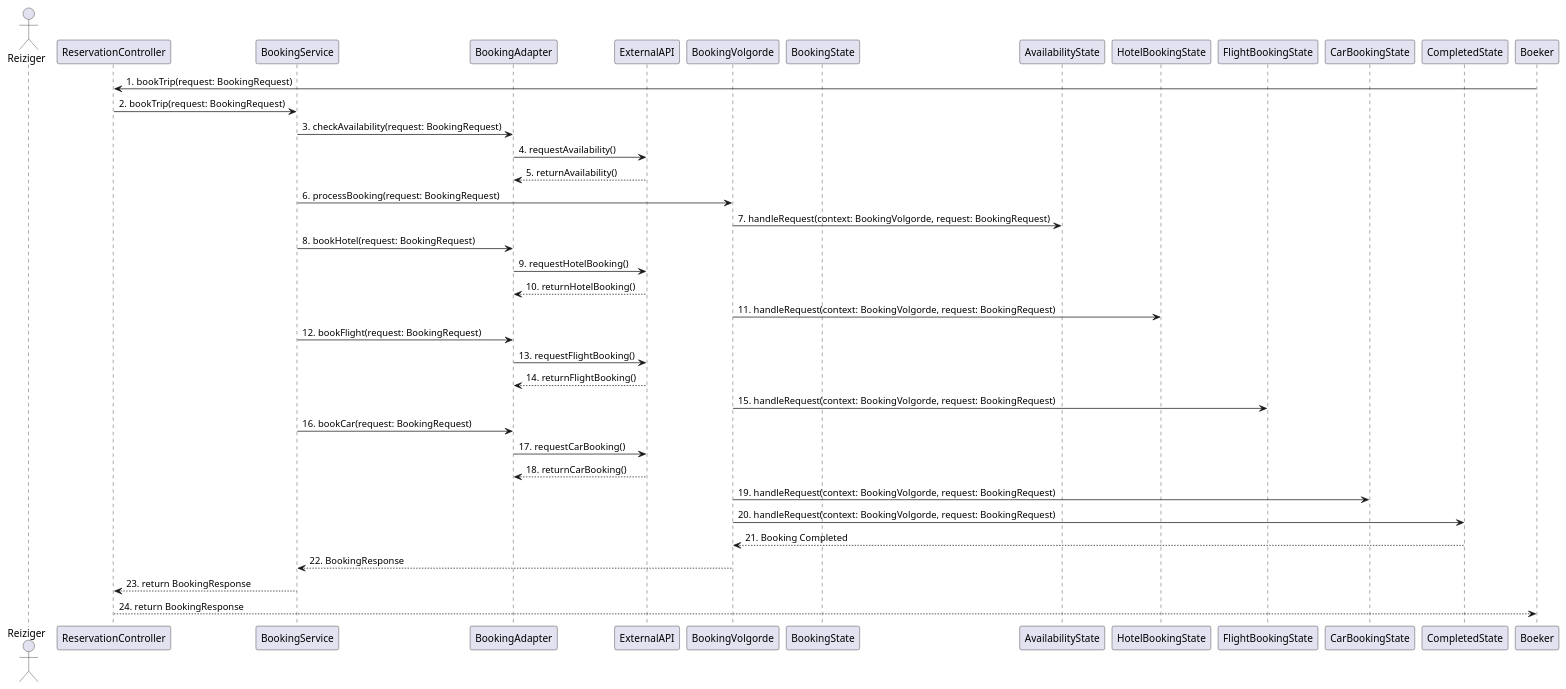
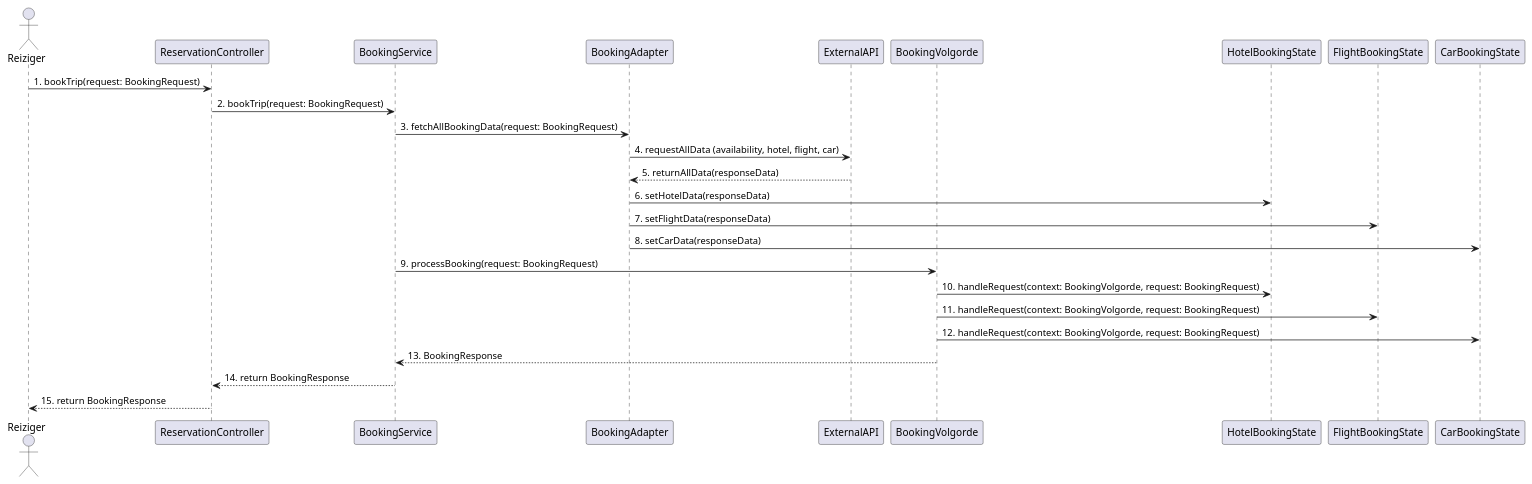
Before and after one commit to AIM-ENE-feb25/triptop-beca: the diagram in opdracht-diagrammen/voorbereiding/les-04/finalSequence-diagram.puml, drawn with PlantUML.

```diff
--- a/opdracht-diagrammen/voorbereiding/les-04/finalSequence-diagram.puml
+++ b/opdracht-diagrammen/voorbereiding/les-04/finalSequence-diagram.puml
@@ -1,46 +1,32 @@
 @startuml
 actor Reiziger
 participant ReservationController
 participant BookingService
 participant BookingAdapter
 participant ExternalAPI
 participant BookingVolgorde
-participant BookingState
-participant AvailabilityState
 participant HotelBookingState
 participant FlightBookingState
 participant CarBookingState
-participant CompletedState
 
-Boeker -> ReservationController: 1. bookTrip(request: BookingRequest)
+Reiziger -> ReservationController: 1. bookTrip(request: BookingRequest)
 ReservationController -> BookingService: 2. bookTrip(request: BookingRequest)
 
-BookingService -> BookingAdapter: 3. checkAvailability(request: BookingRequest)
-BookingAdapter -> ExternalAPI: 4. requestAvailability()
-ExternalAPI --> BookingAdapter: 5. returnAvailability()
+BookingService -> BookingAdapter: 3. fetchAllBookingData(request: BookingRequest)
+BookingAdapter -> ExternalAPI: 4. requestAllData (availability, hotel, flight, car)
+ExternalAPI --> BookingAdapter: 5. returnAllData(responseData)
 
-BookingService -> BookingVolgorde: 6. processBooking(request: BookingRequest)
-BookingVolgorde -> AvailabilityState: 7. handleRequest(context: BookingVolgorde, request: BookingRequest)
+BookingAdapter -> HotelBookingState: 6. setHotelData(responseData)
+BookingAdapter -> FlightBookingState: 7. setFlightData(responseData)
+BookingAdapter -> CarBookingState: 8. setCarData(responseData)
 
-BookingService -> BookingAdapter: 8. bookHotel(request: BookingRequest)
-BookingAdapter -> ExternalAPI: 9. requestHotelBooking()
-ExternalAPI --> BookingAdapter: 10. returnHotelBooking()
-BookingVolgorde -> HotelBookingState: 11. handleRequest(context: BookingVolgorde, request: BookingRequest)
+BookingService -> BookingVolgorde: 9. processBooking(request: BookingRequest)
 
-BookingService -> BookingAdapter: 12. bookFlight(request: BookingRequest)
-BookingAdapter -> ExternalAPI: 13. requestFlightBooking()
-ExternalAPI --> BookingAdapter: 14. returnFlightBooking()
-BookingVolgorde -> FlightBookingState: 15. handleRequest(context: BookingVolgorde, request: BookingRequest)
+BookingVolgorde -> HotelBookingState: 10. handleRequest(context: BookingVolgorde, request: BookingRequest)
+BookingVolgorde -> FlightBookingState: 11. handleRequest(context: BookingVolgorde, request: BookingRequest)
+BookingVolgorde -> CarBookingState: 12. handleRequest(context: BookingVolgorde, request: BookingRequest)
 
-BookingService -> BookingAdapter: 16. bookCar(request: BookingRequest)
-BookingAdapter -> ExternalAPI: 17. requestCarBooking()
-ExternalAPI --> BookingAdapter: 18. returnCarBooking()
-BookingVolgorde -> CarBookingState: 19. handleRequest(context: BookingVolgorde, request: BookingRequest)
-
-BookingVolgorde -> CompletedState: 20. handleRequest(context: BookingVolgorde, request: BookingRequest)
-CompletedState --> BookingVolgorde: 21. Booking Completed
-
-BookingVolgorde --> BookingService: 22. BookingResponse
-BookingService --> ReservationController: 23. return BookingResponse
-ReservationController --> Boeker: 24. return BookingResponse
+BookingVolgorde --> BookingService: 13. BookingResponse
+BookingService --> ReservationController: 14. return BookingResponse
+ReservationController --> Reiziger: 15. return BookingResponse
 @enduml
```
